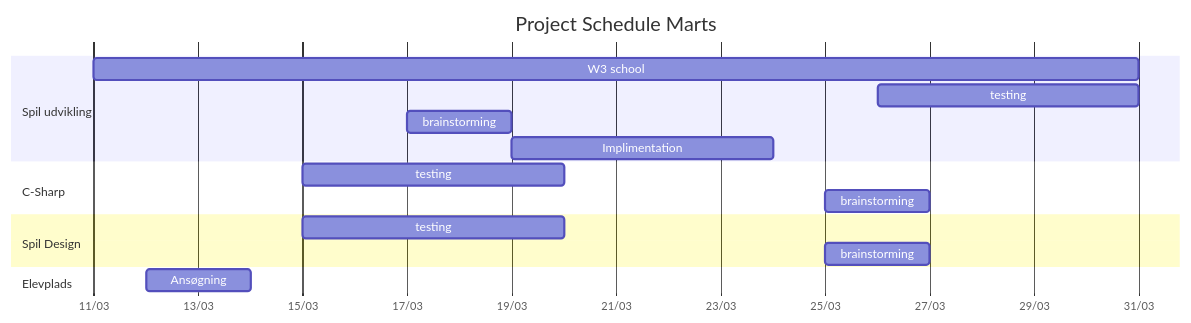
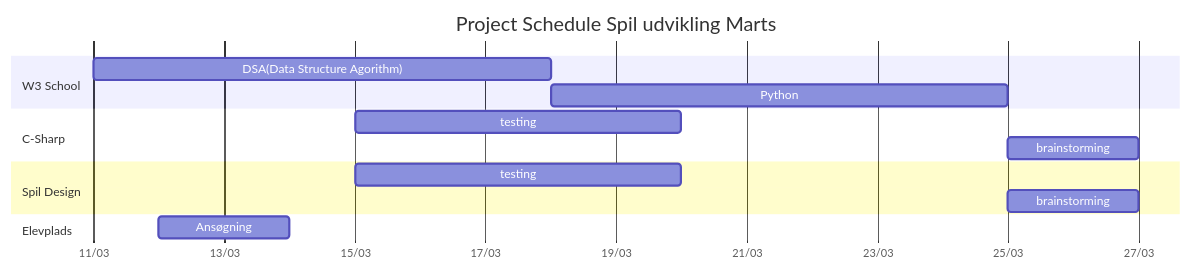
Before and after one commit to Napow-git/TEC-P1: the diagram in README.md, drawn with Mermaid.

````diff
--- a/README.md
+++ b/README.md
@@ -3,43 +3,39 @@
 ```mermaid
 
 gantt
 
-    title Project Schedule Marts
+    title Project Schedule Spil udvikling Marts 
 
     dateFormat DD-MM-YYYY
 
     axisFormat %d/%m
 
 
 
-    section Spil udvikling
+    section W3 School
 
-    W3 school: 11-03-2024, 20d
+    DSA(Data Structure Agorithm): 11-03-2024, 7d
 
-    testing: 26-03-2024, 5d
-
-    brainstorming: 17-03-2024, 2d
-
-    Implimentation: 19-03-2024, 5d
+    Python: 18-03-2024, 7d
 
     
 
     section C-Sharp
 
     testing: 15-03-2024, 5d
 
     brainstorming: 25-03-2024, 2d
 
 
     section Spil Design
 
     testing: 15-03-2024, 5d
 
     brainstorming: 25-03-2024, 2d
 
 
     section Elevplads
 
     Ansøgning : 12-03-2024, 2d
 
 ```
````
